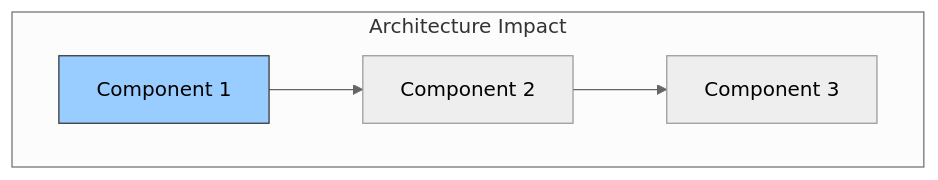
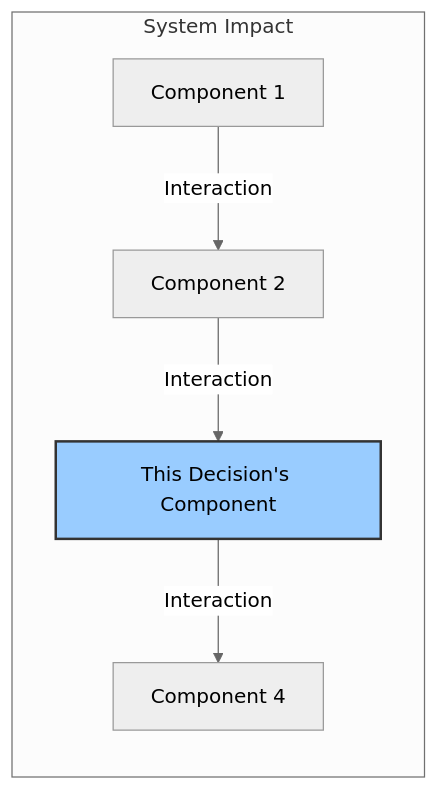
The second of 2 diagrams in docs/adr/template.md (loganrooks/philosothon), drawn with Mermaid (neutral theme) before and after one commit. The commit also changed other lines of this file and 9 other files, not shown here.

Commit message:
Enhance ADR template with detailed sections for decision context, drivers, alternatives, consequences, implementation, security, migration, success metrics, dependencies, and version history

````diff
--- a/docs/adr/template.md
+++ b/docs/adr/template.md
@@ -48,14 +98,10 @@
 ```mermaid
-%% Choose the most appropriate diagram type:
-%% 1. Component relationship
-%% 2. Data flow
-%% 3. System integration
-
-graph TD
-    subgraph "Architecture Impact"
-        A[Component 1] --> B[Component 2]
-        B --> C[Component 3]
+%% Optional: Diagram showing architectural change or data flow
+flowchart LR
+    subgraph "System Impact"
+        Comp1[Component 1] -- Interaction --> Comp2[Component 2]
+        Comp2 -- Interaction --> Comp3[This Decision's Component]
+        Comp3 -- Interaction --> Comp4[Component 4]
     end
-    
-    style A fill:#9cf,stroke:#333
+    style Comp3 fill:#9cf,stroke:#333,stroke-width:2px
 ```
````
